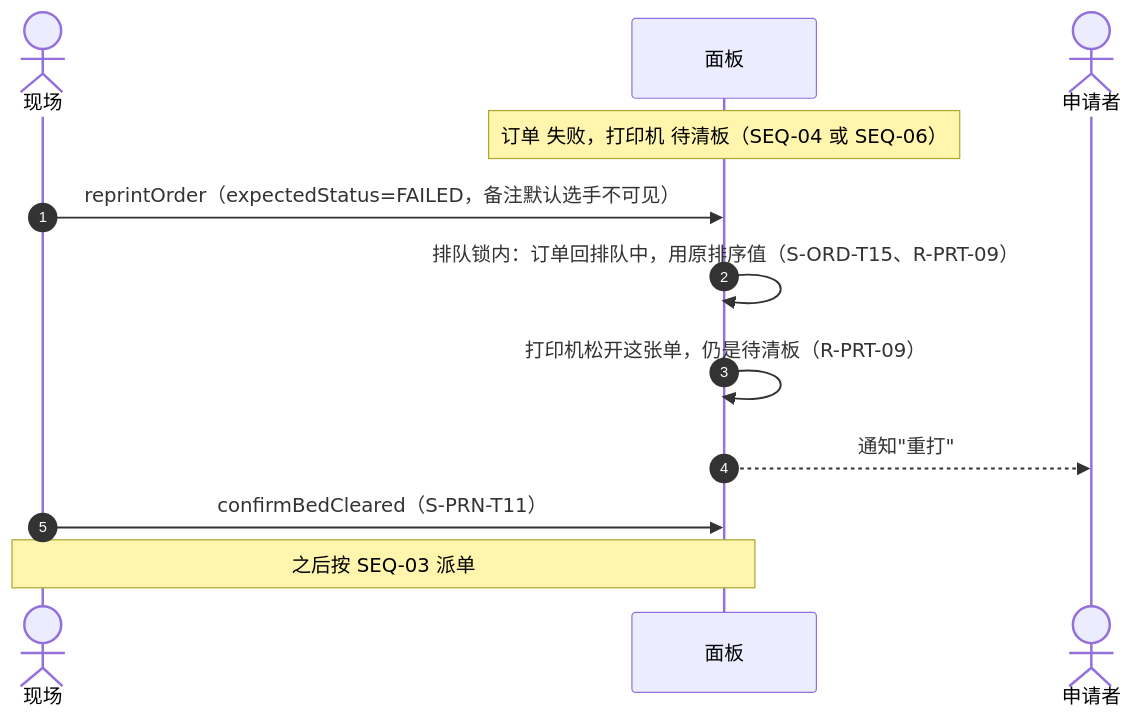
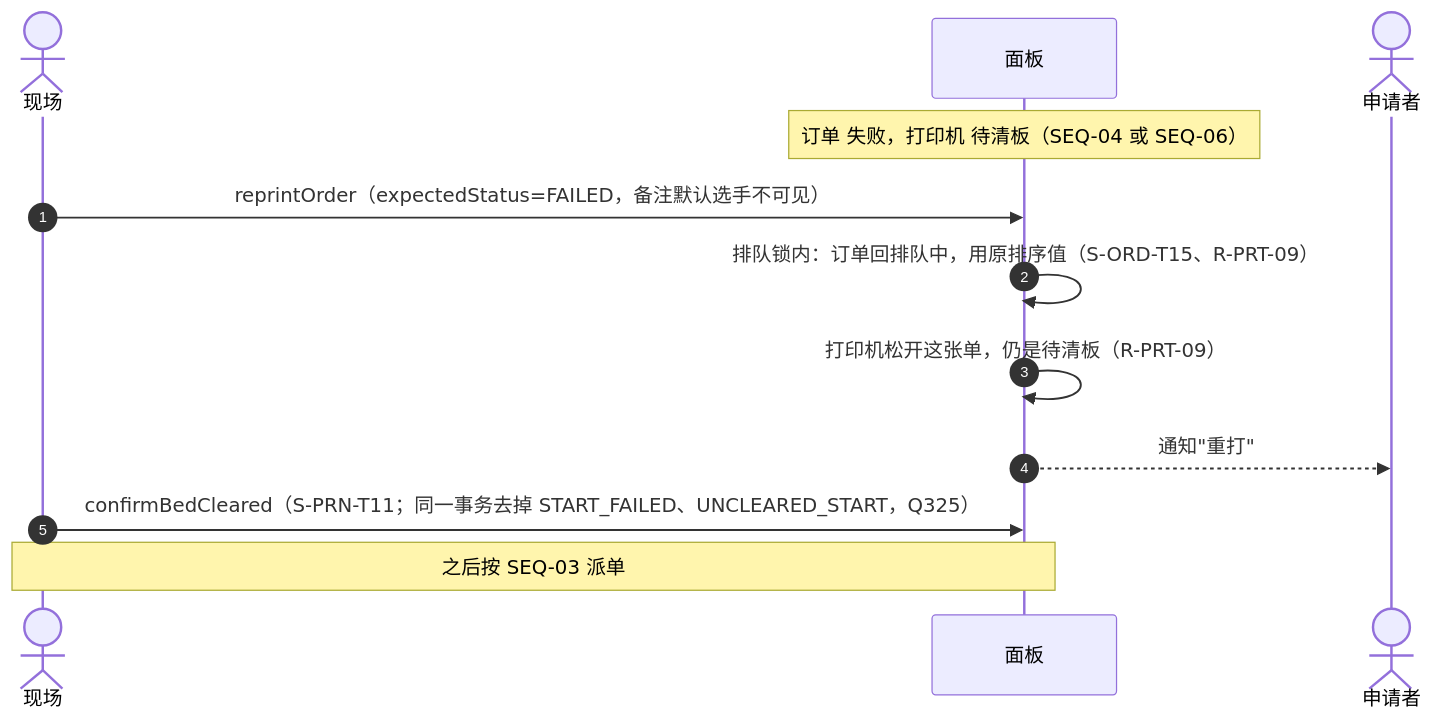
One commit to PlateRelay/PlateRelay changed the eighth of 11 diagrams in docs/design/03-sequences.md. Above: the diagram before and after it, drawn with Mermaid. The commit also changed other lines of this file, not shown here.

First line of the commit message:
docs(design): align sequences with third-round review refinements

````diff
--- a/docs/design/03-sequences.md
+++ b/docs/design/03-sequences.md
@@ -340,14 +340,14 @@
 ```mermaid
 sequenceDiagram
   autonumber
   actor S as 现场
   participant P as 面板
   actor A as 申请者
   Note over P: 订单 失败，打印机 待清板（SEQ-04 或 SEQ-06）
   S->>P: reprintOrder（expectedStatus=FAILED，备注默认选手不可见）
   P->>P: 排队锁内：订单回排队中，用原排序值（S-ORD-T15、R-PRT-09）
   P->>P: 打印机松开这张单，仍是待清板（R-PRT-09）
   P-->>A: 通知"重打"
-  S->>P: confirmBedCleared（S-PRN-T11）
+  S->>P: confirmBedCleared（S-PRN-T11；同一事务去掉 START_FAILED、UNCLEARED_START，Q325）
   Note over S,P: 之后按 SEQ-03 派单
 ```
````
